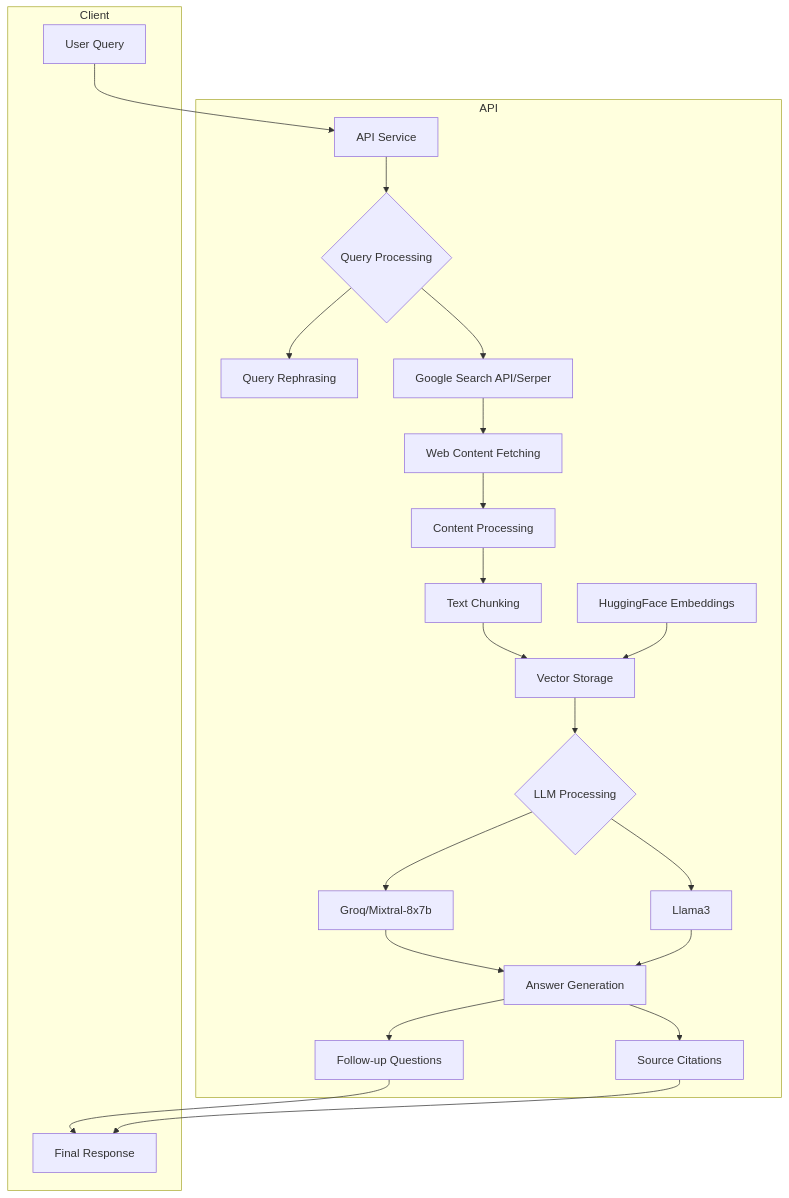
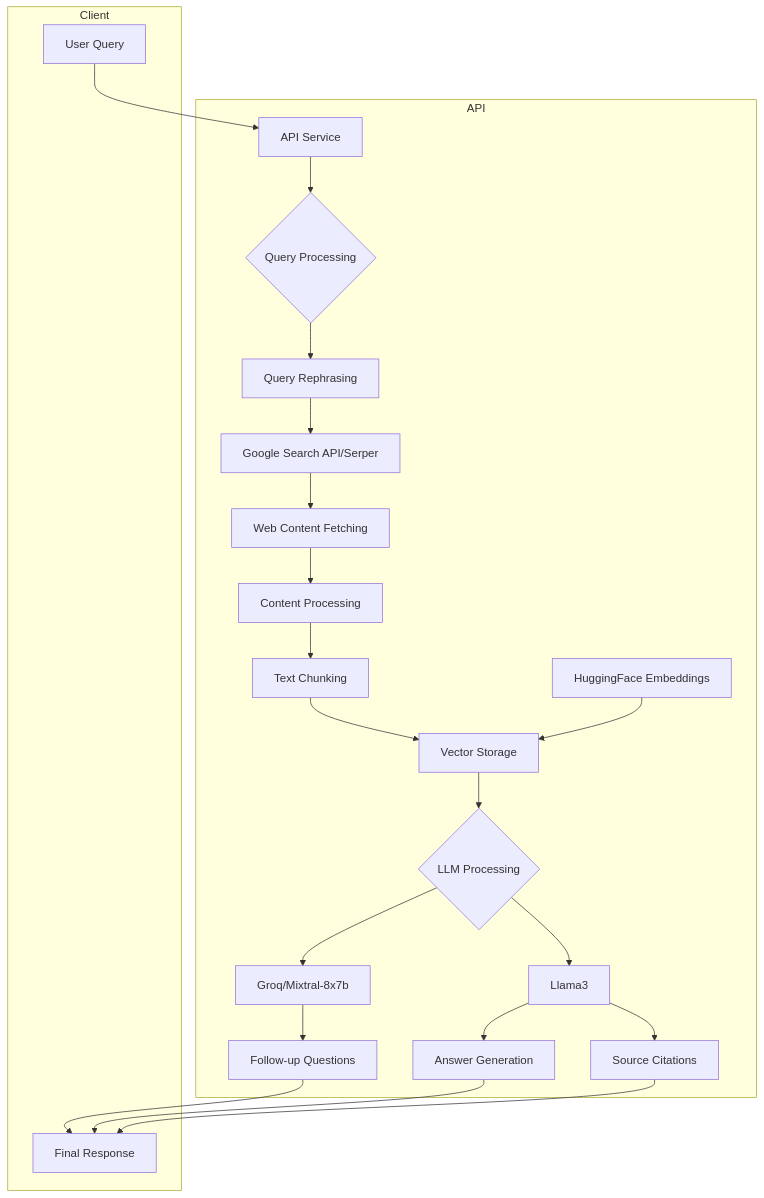
The diagram in README.md (BhCh7051/SearchLLM), drawn with Mermaid before and after one commit. The commit also changed other lines of this file, not shown here.

````diff
--- a/README.md
+++ b/README.md
@@ -19,50 +19,50 @@
 ```mermaid
 graph TD
     A[User Query] --> B[API Service]
     B --> C{Query Processing}
     C --> D[Query Rephrasing]
-    C --> E[Google Search API/Serper]
+    D --> E[Google Search API/Serper]
     
     E --> F[Web Content Fetching]
     F --> G[Content Processing]
     G --> H[Text Chunking]
     H --> I[Vector Storage]
     
     I --> J{LLM Processing}
     J --> K[Groq/Mixtral-8x7b]
     J --> L[Llama3]
     
     M[HuggingFace Embeddings] --> I
     
-    K --> N[Answer Generation]
-    L --> N
+    L --> N[Answer Generation]
+    N --> Q
     
-    N --> O[Follow-up Questions]
-    N --> P[Source Citations]
+    K --> O[Follow-up Questions]
+    L --> P[Source Citations]
     
     O --> Q[Final Response]
     P --> Q
     
     subgraph Docker Container 1 [API]
     B
     C
     D
     E
     F
     G
     H
     I
     J
     K
     L
     M
     N
     O
     P
     end
     
     subgraph Docker Container 2 [Client]
     A
     Q
     end
 ```
````
